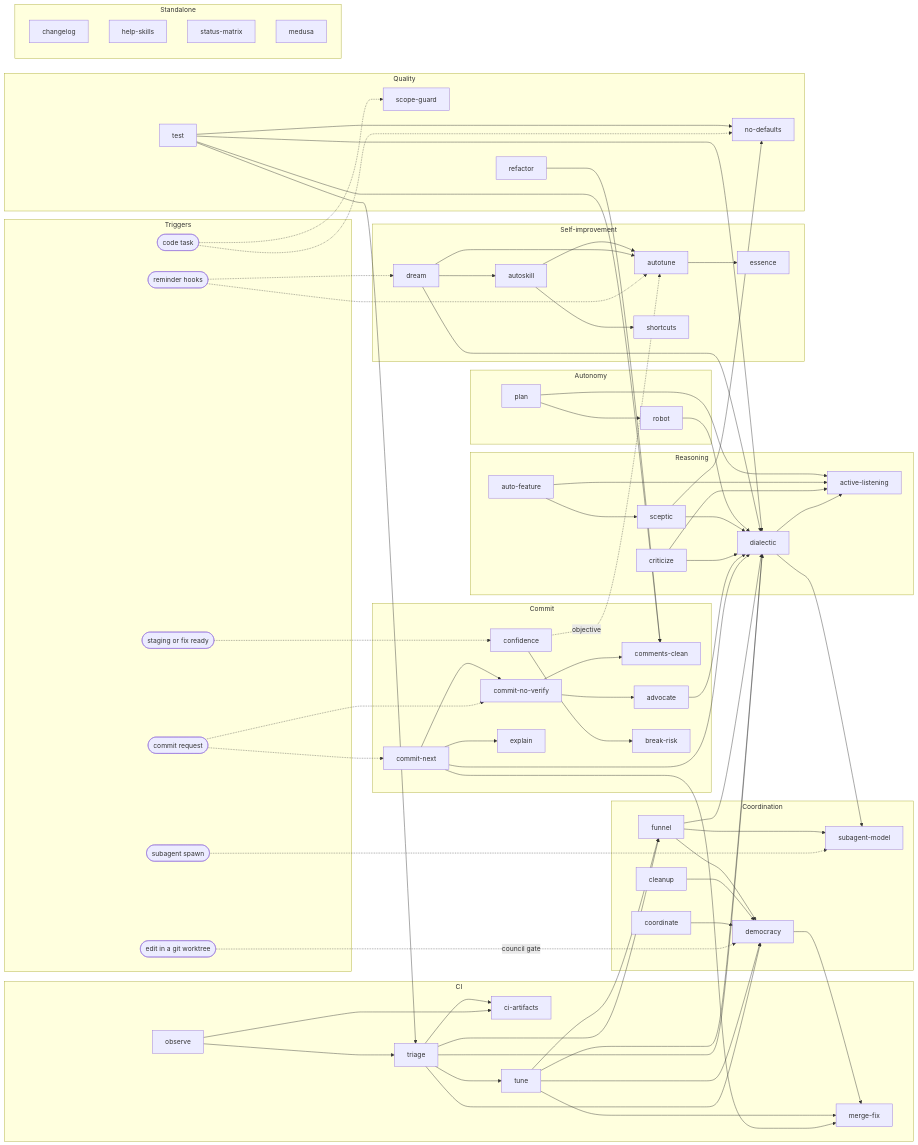
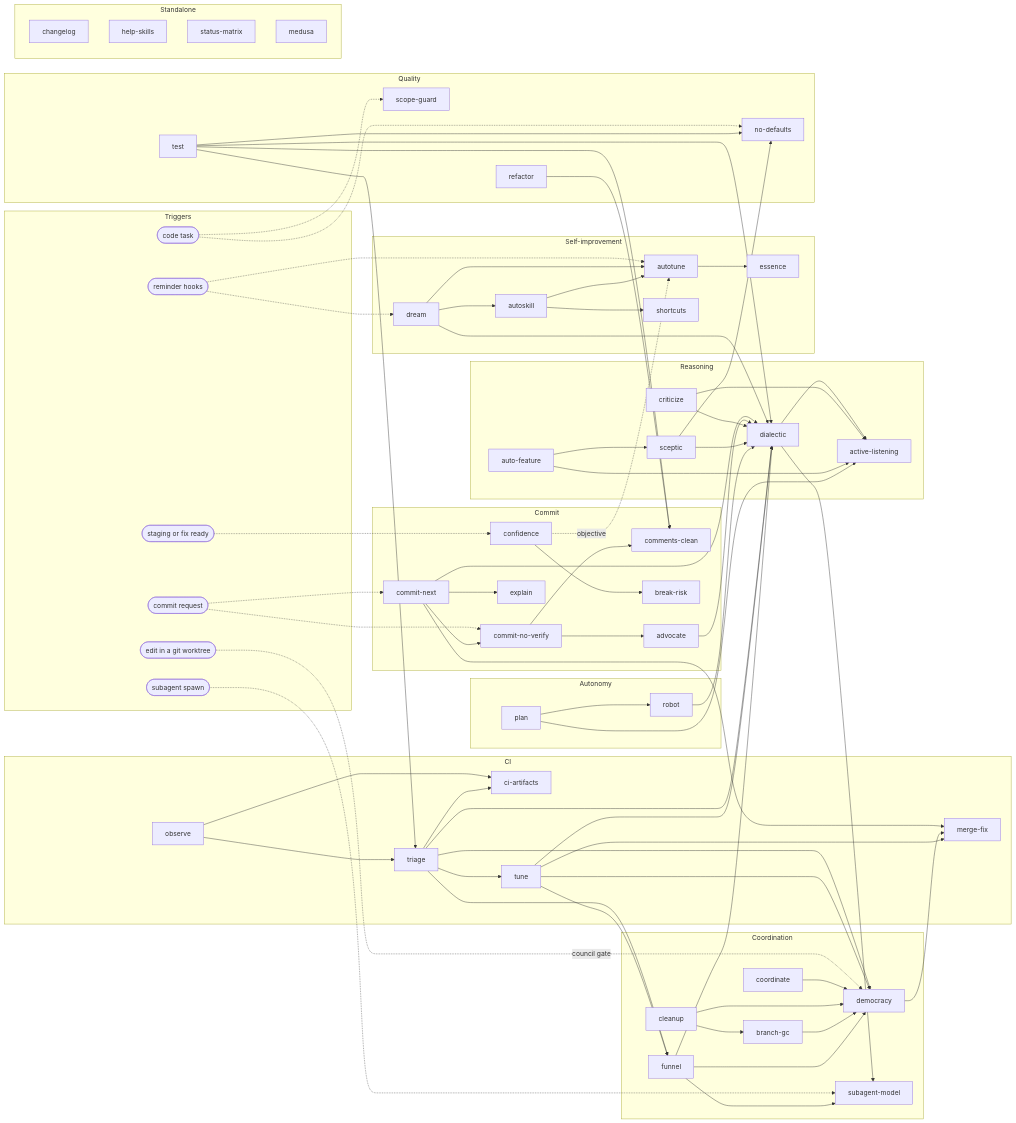
The diagram in README.md (kevinveenbirkenbach/skills), drawn with Mermaid before and after one commit. The commit also changed 2 other files, not shown here.

Commit message:
feat(branch-gc): remove merged branches and worktrees through pkgmgr branch gc after the operator's pick

```diff
--- a/README.md
+++ b/README.md
@@ -35,6 +35,7 @@
     coordinate[coordinate]
     funnel[funnel]
     cleanup[cleanup]
+    branch_gc[branch-gc]
     subagent_model[subagent-model]
   end
   subgraph ci [CI]
@@ -97,6 +98,8 @@
 
   coordinate --> democracy
   cleanup --> democracy
+  cleanup --> branch_gc
+  branch_gc --> democracy
   funnel --> democracy
   funnel --> dialectic
   funnel --> subagent_model
```
